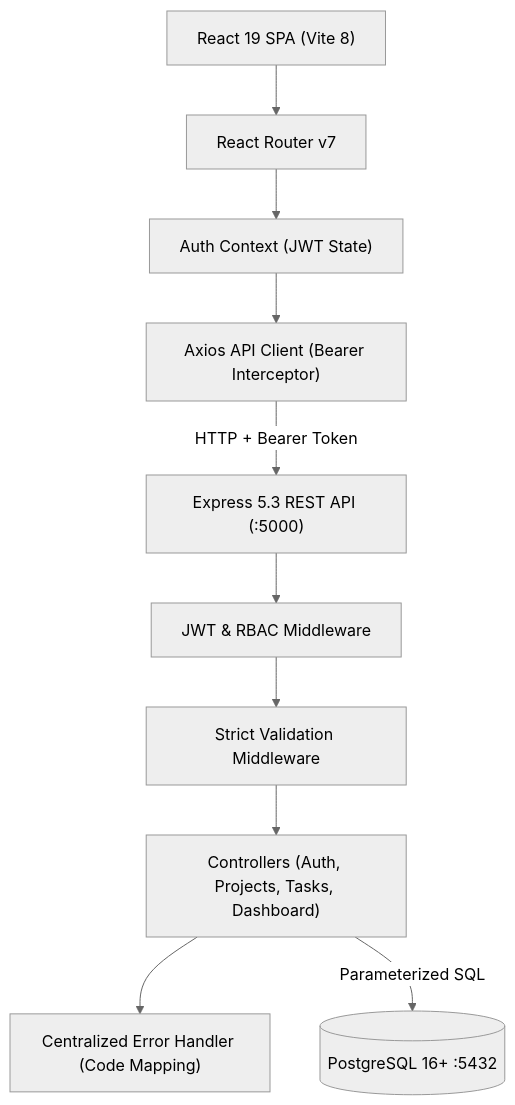
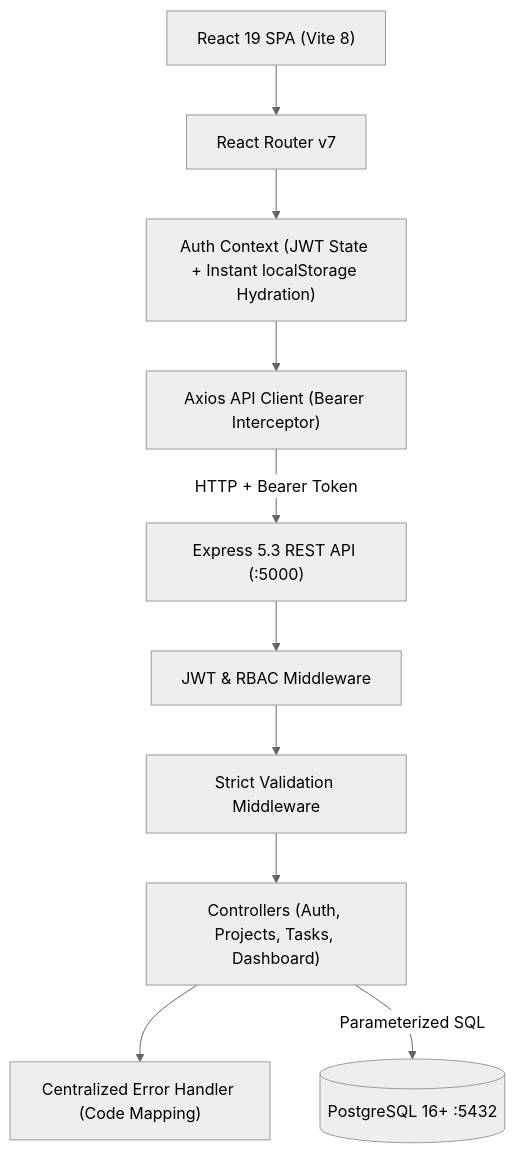
One commit to abdulmmh/smart-task-manager changed the first of 2 diagrams in README.md. Above: the diagram before and after it, drawn with Mermaid (neutral theme). The commit also changed other lines of this file and 28 other files, not shown here.

````diff
--- a/README.md
+++ b/README.md
@@ -44,25 +46,25 @@
 ```mermaid
 graph TD
     Client["React 19 SPA (Vite 8)"]
     Router["React Router v7"]
-    AuthCtx["Auth Context (JWT State)"]
+    AuthCtx["Auth Context (JWT State + Instant localStorage Hydration)"]
     Axios["Axios API Client (Bearer Interceptor)"]
-    
+
     API["Express 5.3 REST API (:5000)"]
     AuthMW["JWT & RBAC Middleware"]
     ValMW["Strict Validation Middleware"]
     ErrMW["Centralized Error Handler (Code Mapping)"]
-    
+
     DB[(PostgreSQL 16+ :5432)]
-    
+
     Client --> Router
     Router --> AuthCtx
     AuthCtx --> Axios
     Axios -->|HTTP + Bearer Token| API
-    
+
     API --> AuthMW
     AuthMW --> ValMW
     ValMW --> Controllers["Controllers (Auth, Projects, Tasks, Dashboard)"]
     Controllers --> ErrMW
     Controllers -->|"Parameterized SQL"| DB
 ```
````
